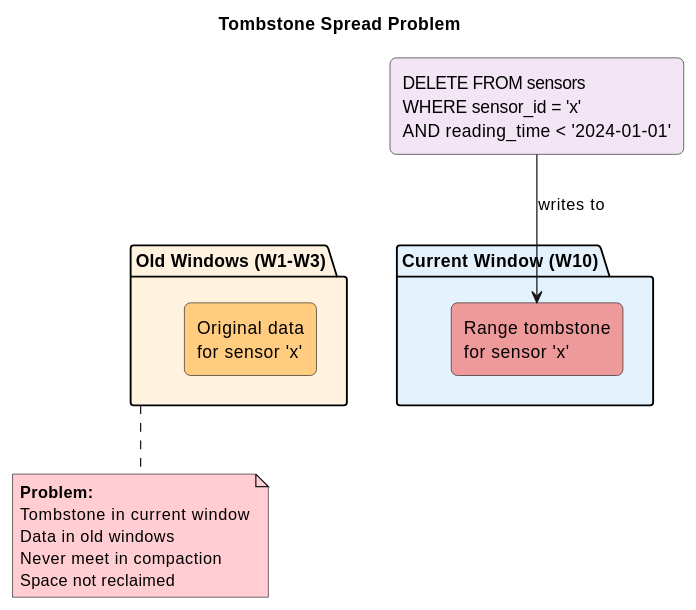
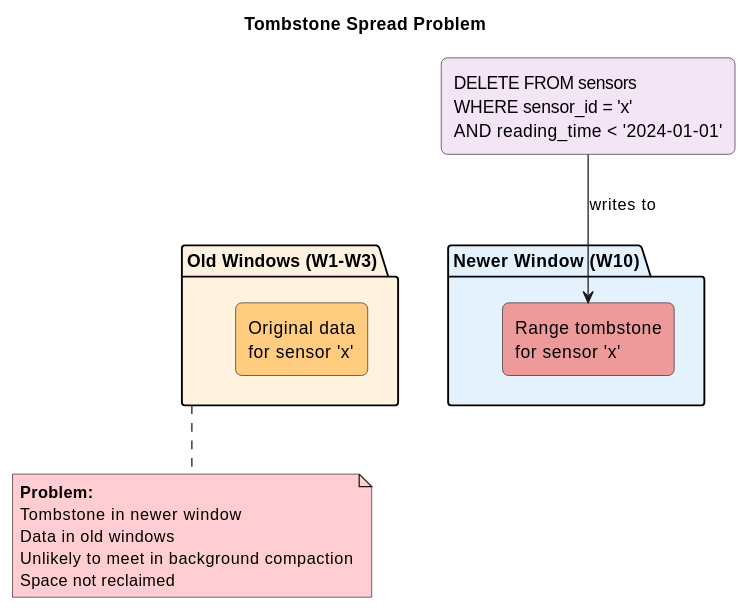
The seventh of 8 diagrams in docs/data-platforms/cassandra/architecture/storage-engine/compaction/twcs.md (axonops/documentation), drawn with PlantUML before and after one commit. The commit also changed other lines of this file and 3 other files, not shown here.

````diff
--- a/docs/data-platforms/cassandra/architecture/storage-engine/compaction/twcs.md
+++ b/docs/data-platforms/cassandra/architecture/storage-engine/compaction/twcs.md
@@ -660,34 +662,34 @@
 ```plantuml
 @startuml
-skinparam backgroundColor transparent
+skinparam backgroundColor white
 skinparam defaultFontName Helvetica
 
 title Tombstone Spread Problem
 
 skinparam rectangle {
     roundCorner 10
 }
 
 rectangle "DELETE FROM sensors\nWHERE sensor_id = 'x'\nAND reading_time < '2024-01-01'" as query #F3E5F5
 
 package "Old Windows (W1-W3)" as old #FFF3E0 {
     rectangle "Original data\nfor sensor 'x'" as data #FFCC80
 }
 
-package "Current Window (W10)" as curr #E3F2FD {
+package "Newer Window (W10)" as curr #E3F2FD {
     rectangle "Range tombstone\nfor sensor 'x'" as tomb #EF9A9A
 }
 
 query -down-> tomb : writes to
 old -[hidden]right- curr
 
 note bottom of old #FFCDD2
     **Problem:**
-    Tombstone in current window
+    Tombstone in newer window
     Data in old windows
-    Never meet in compaction
+    Unlikely to meet in background compaction
     Space not reclaimed
 end note
 
 @enduml
 ```
````
